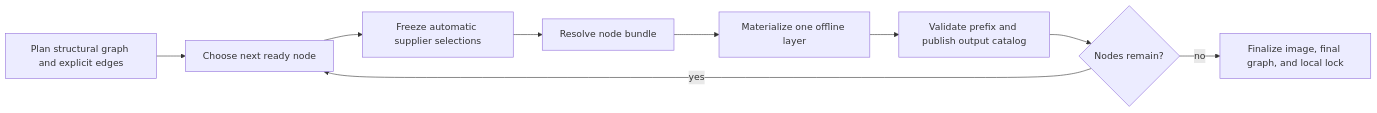
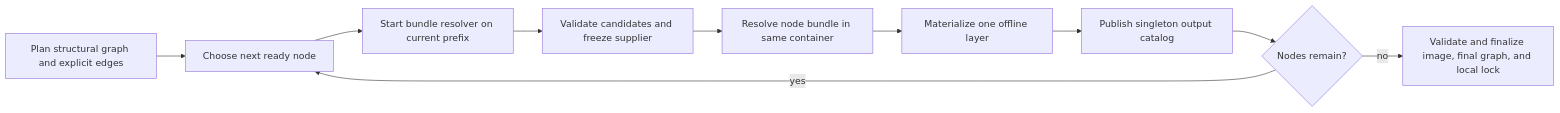
The diagram in docs/APT_PROVIDER_DETAIL_DESIGN.md (omry/reploy), drawn with Mermaid before and after one commit. The commit also changed other lines of this file and 3 other files, not shown here.

````diff
--- a/docs/APT_PROVIDER_DETAIL_DESIGN.md
+++ b/docs/APT_PROVIDER_DETAIL_DESIGN.md
@@ -367,11 +693,12 @@
 ```mermaid
 flowchart LR
     A[Plan structural graph and explicit edges] --> B[Choose next ready node]
-    B --> C[Freeze automatic supplier selections]
-    C --> D[Resolve node bundle]
-    D --> E[Materialize one offline layer]
-    E --> F[Validate prefix and publish output catalog]
-    F --> G{Nodes remain?}
+    B --> C[Start bundle resolver on current prefix]
+    C --> D[Validate candidates and freeze supplier]
+    D --> E[Resolve node bundle in same container]
+    E --> F[Materialize one offline layer]
+    F --> I[Publish singleton output catalog]
+    I --> G{Nodes remain?}
     G -->|yes| B
-    G -->|no| H[Finalize image, final graph, and local lock]
+    G -->|no| H[Validate and finalize image, final graph, and local lock]
 ```
````
